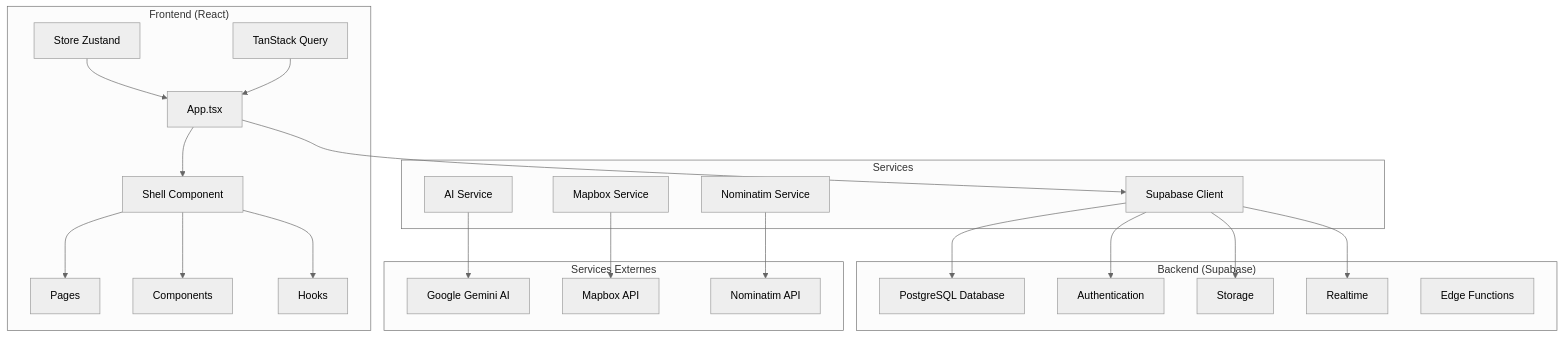
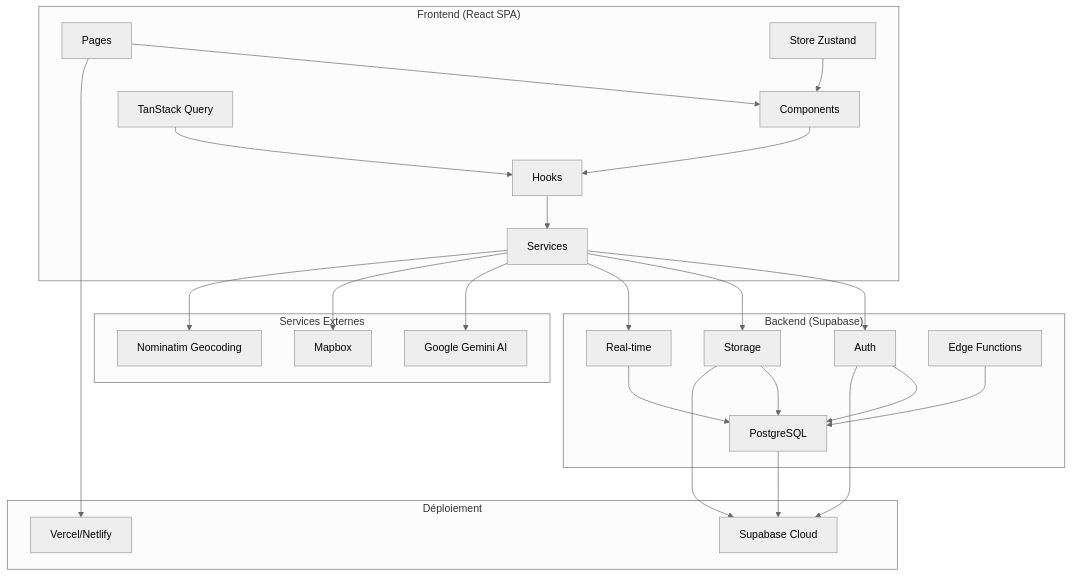
The diagram in ARCHITECTURE.md (moonback/Echangeo-officiel), drawn with Mermaid (neutral theme) before and after one commit. The commit also changed other lines of this file and 8 other files, not shown here.

````diff
--- a/ARCHITECTURE.md
+++ b/ARCHITECTURE.md
@@ -9,41 +9,40 @@
 ```mermaid
 graph TB
-    subgraph "Frontend (React)"
-        A[App.tsx] --> B[Shell Component]
-        B --> C[Pages]
-        B --> D[Components]
-        B --> E[Hooks]
-        F[Store Zustand] --> A
-        G[TanStack Query] --> A
-    end
-    
-    subgraph "Services"
-        H[Supabase Client]
-        I[AI Service]
-        J[Mapbox Service]
-        K[Nominatim Service]
+    subgraph "Frontend (React SPA)"
+        A[Pages] --> B[Components]
+        B --> C[Hooks]
+        C --> D[Services]
+        E[Store Zustand] --> B
+        F[TanStack Query] --> C
     end
     
     subgraph "Backend (Supabase)"
-        L[PostgreSQL Database]
-        M[Authentication]
-        N[Storage]
-        O[Realtime]
-        P[Edge Functions]
+        G[Auth] --> H[PostgreSQL]
+        I[Storage] --> H
+        J[Real-time] --> H
+        K[Edge Functions] --> H
     end
     
     subgraph "Services Externes"
-        Q[Google Gemini AI]
-        R[Mapbox API]
-        S[Nominatim API]
+        L[Google Gemini AI]
+        M[Mapbox]
+        N[Nominatim Geocoding]
     end
     
-    A --> H
-    H --> L
-    H --> M
-    H --> N
-    H --> O
-    I --> Q
-    J --> R
-    K --> S
+    D --> G
+    D --> I
+    D --> J
+    D --> L
+    D --> M
+    D --> N
+    
+    subgraph "Déploiement"
+        O[Vercel/Netlify]
+        P[Supabase Cloud]
+    end
+    
+    A --> O
+    G --> P
+    H --> P
+    I --> P
 ```
````
